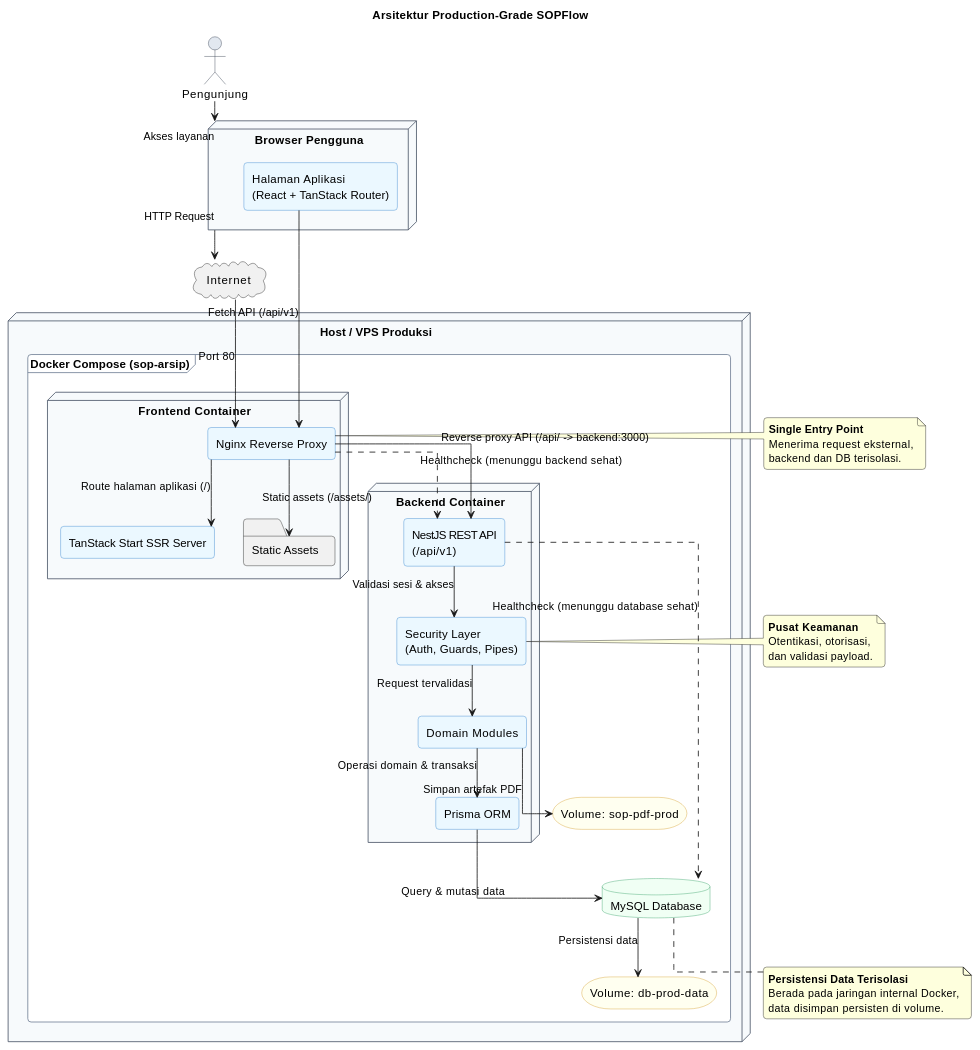
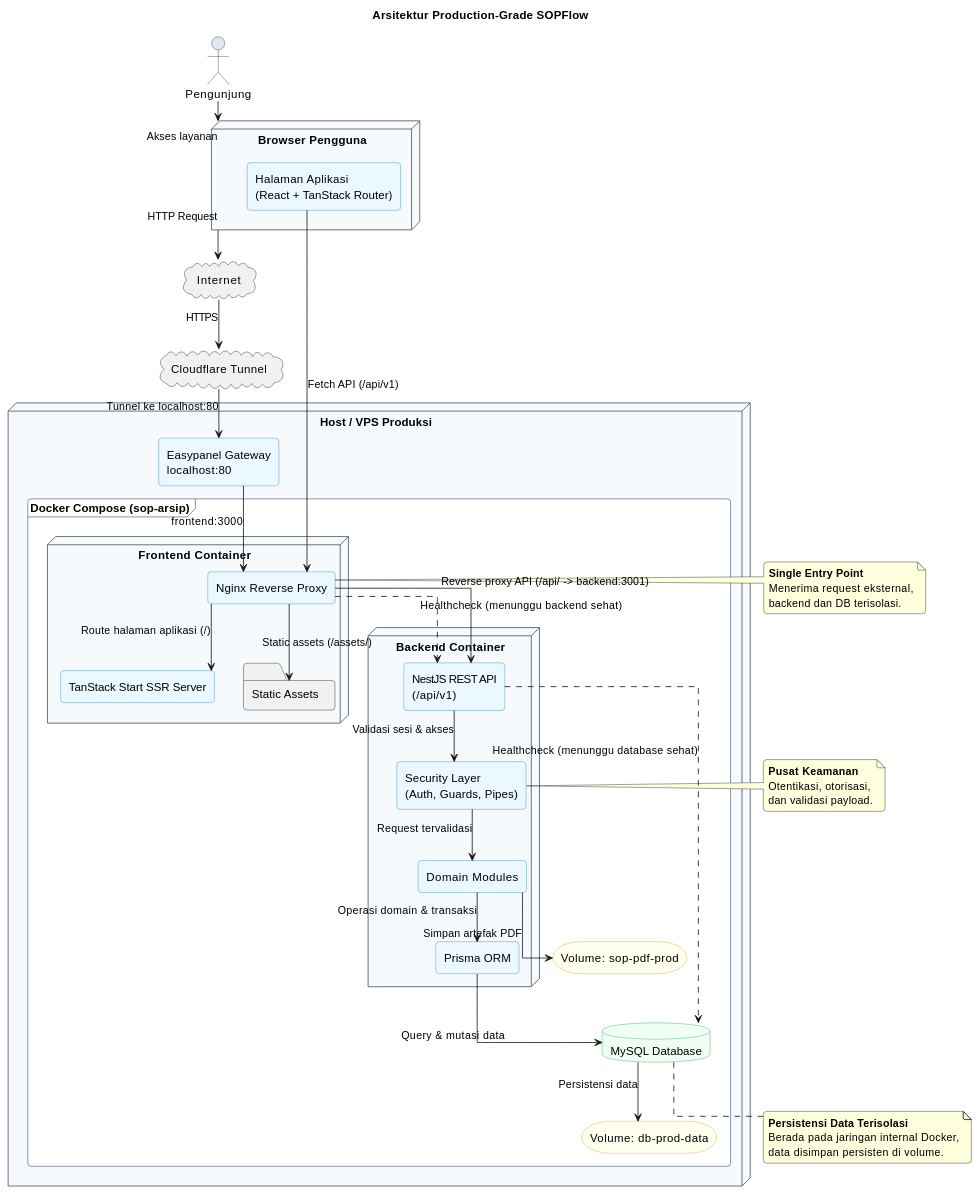
The first of 3 diagrams in docs/arsitektur-sistem.md (howlil/sop-generate-app), drawn with PlantUML before and after one commit. The commit also changed other lines of this file and 5 other files, not shown here.

Commit message:
fix: update port configurations for frontend and backend services in Docker and Nginx setup

```diff
--- a/docs/arsitektur-sistem.md
+++ b/docs/arsitektur-sistem.md
@@ -60,8 +60,11 @@
 }
 
 cloud "Internet" as Internet
+cloud "Cloudflare Tunnel" as Cloudflare
 
 node "Host / VPS Produksi" as VPS {
+  component "Easypanel Gateway\nlocalhost:80" as EasypanelGateway
+
   frame "Docker Compose (sop-arsip)" as Compose {
     
     node "Frontend Container" as FrontendContainer {
@@ -86,11 +89,13 @@
 
 Visitor --> Browser : Akses layanan
 Browser --> Internet : HTTP Request
-Internet --> Nginx : Port 80
+Internet --> Cloudflare : HTTPS
+Cloudflare --> EasypanelGateway : Tunnel ke localhost:80
+EasypanelGateway --> Nginx : frontend:3000
 
 Nginx --> SSR : Route halaman aplikasi (/)
 Nginx --> Assets : Static assets (/assets/)
-Nginx --> NestApi : Reverse proxy API (/api/ -> backend:3000)
+Nginx --> NestApi : Reverse proxy API (/api/ -> backend:3001)
 
 BrowserApp --> Nginx : Fetch API (/api/v1)
 
```
